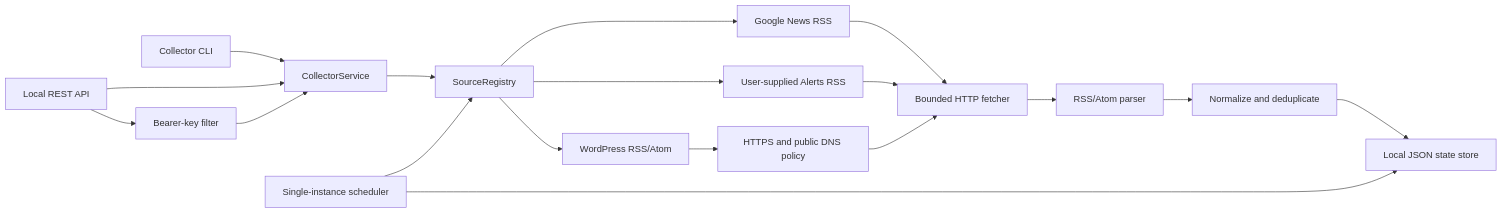
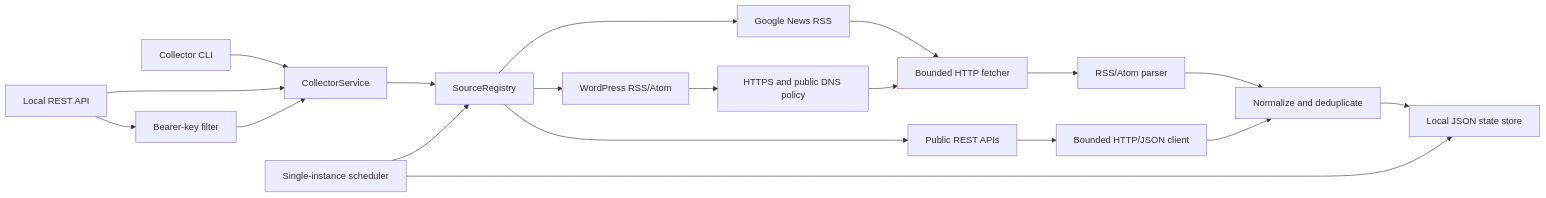
One commit to henriquebatistapaz/poc-collector changed the diagram in docs/wiki/architecture-overview.md. Above: the diagram before and after it, drawn with Mermaid. The commit also changed other lines of this file and 36 other files, not shown here.

````diff
--- a/docs/wiki/architecture-overview.md
+++ b/docs/wiki/architecture-overview.md
@@ -3,20 +3,21 @@
 ```mermaid
 flowchart LR
   CLI[Collector CLI] --> Service[CollectorService]
   API[Local REST API] --> Service
   Service --> Registry[SourceRegistry]
   Registry --> GoogleNews[Google News RSS]
-  Registry --> Alerts[User-supplied Alerts RSS]
   Registry --> WordPress[WordPress RSS/Atom]
+  Registry --> Rest[Public REST APIs]
   GoogleNews --> Fetcher[Bounded HTTP fetcher]
-  Alerts --> Fetcher
   WordPress --> UrlPolicy[HTTPS and public DNS policy]
   UrlPolicy --> Fetcher
   Fetcher --> Parser[RSS/Atom parser]
   Parser --> Normalize[Normalize and deduplicate]
+  Rest --> JsonClient[Bounded HTTP/JSON client]
+  JsonClient --> Normalize
   Normalize --> Store[Local JSON state store]
   Scheduler[Single-instance scheduler] --> Registry
   Scheduler --> Store
   API --> Auth[Bearer-key filter]
   Auth --> Service
 ```
````
